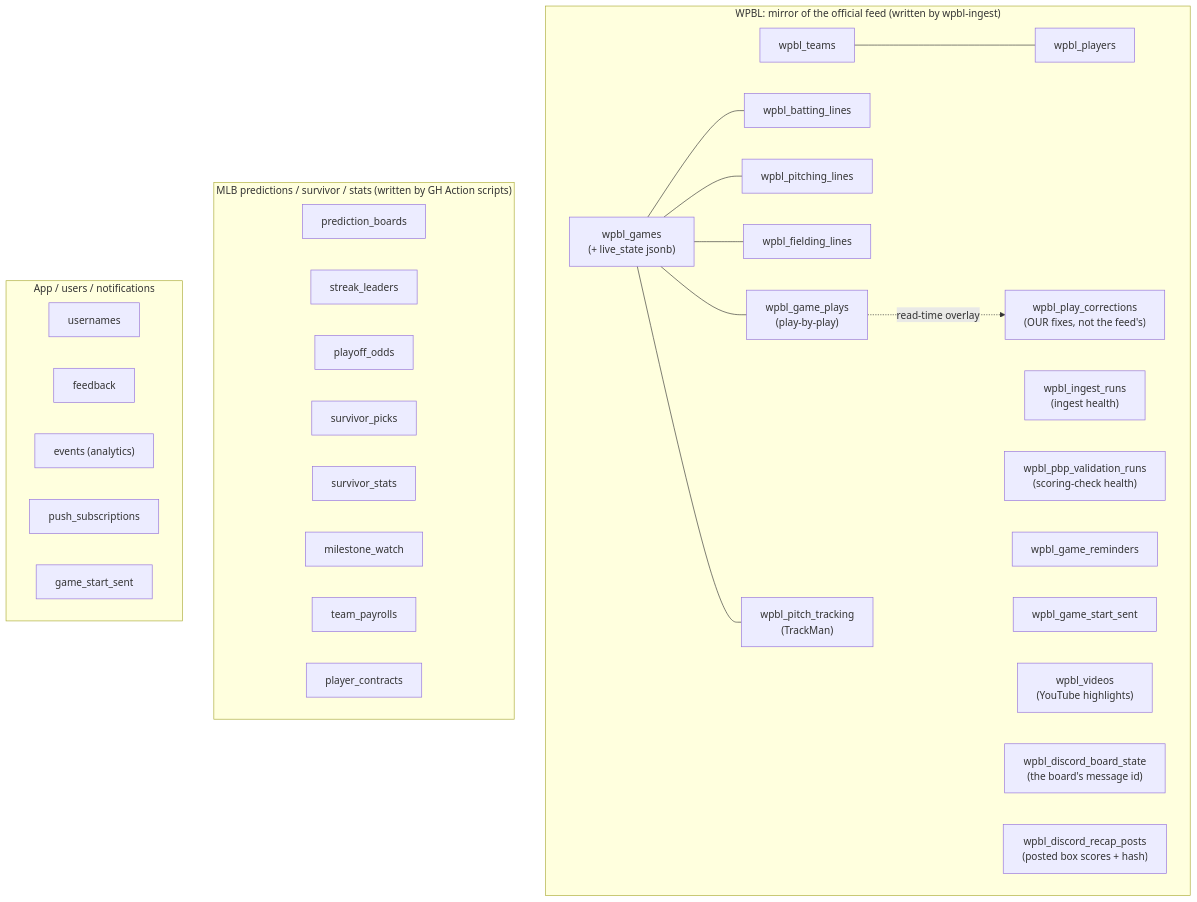
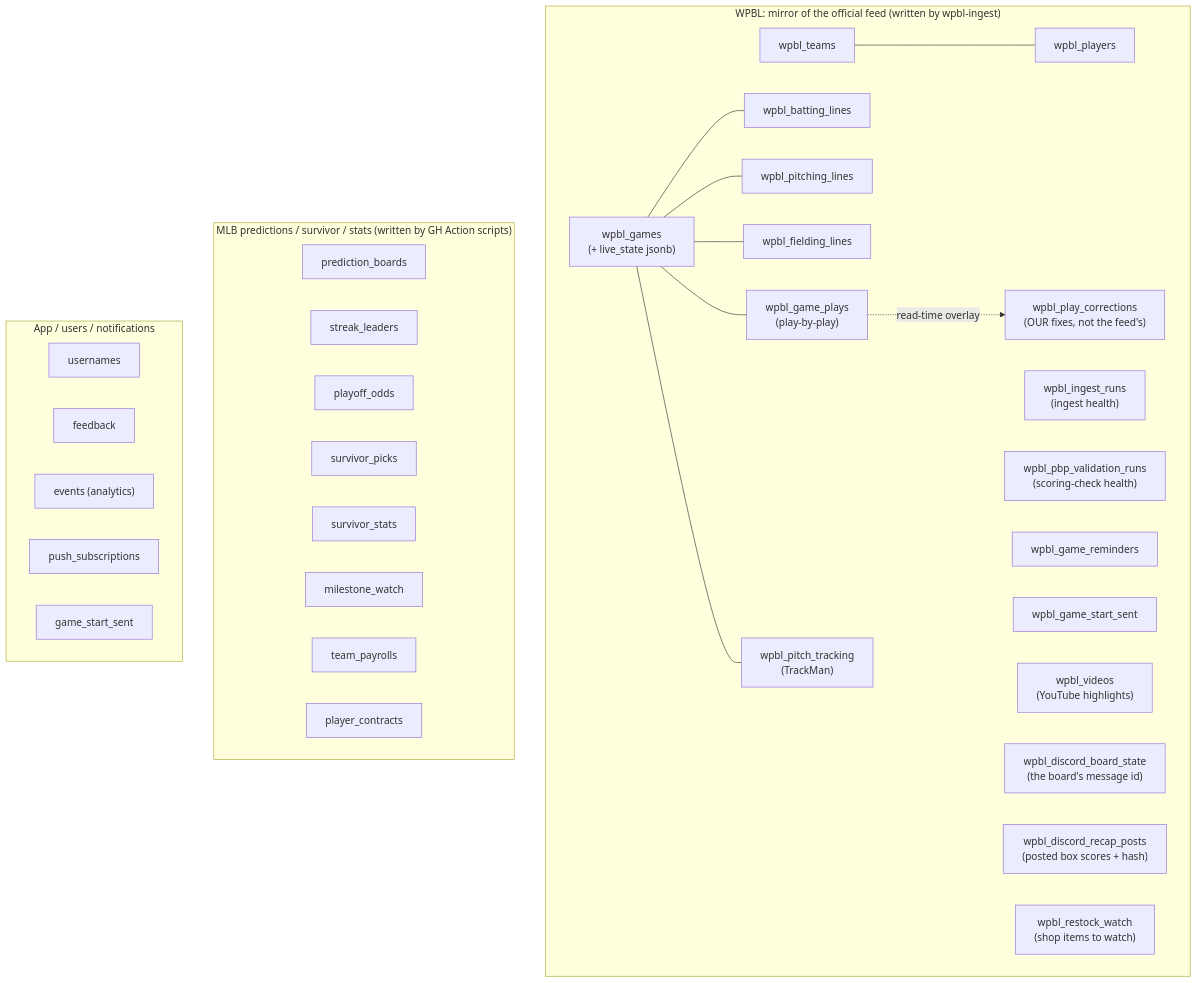
Before and after one commit to sportydolphin/fun: the third of 5 diagrams in ARCHITECTURE.md, drawn with Mermaid. The commit also changed other lines of this file and 7 other files, not shown here.

````diff
--- a/ARCHITECTURE.md
+++ b/ARCHITECTURE.md
@@ -162,44 +164,45 @@
 ```mermaid
 flowchart TB
     subgraph WPBL["WPBL: mirror of the official feed (written by wpbl-ingest)"]
         t_teams["wpbl_teams"]
         t_players["wpbl_players"]
         t_games["wpbl_games<br/>(+ live_state jsonb)"]
         t_bat["wpbl_batting_lines"]
         t_pit["wpbl_pitching_lines"]
         t_field["wpbl_fielding_lines"]
         t_plays["wpbl_game_plays<br/>(play-by-play)"]
         t_track["wpbl_pitch_tracking<br/>(TrackMan)"]
         t_runs["wpbl_ingest_runs<br/>(ingest health)"]
         t_pbpval["wpbl_pbp_validation_runs<br/>(scoring-check health)"]
         t_rem["wpbl_game_reminders"]
         t_wsent["wpbl_game_start_sent"]
         t_vid["wpbl_videos<br/>(YouTube highlights)"]
         t_board["wpbl_discord_board_state<br/>(the board's message id)"]
         t_recap["wpbl_discord_recap_posts<br/>(posted box scores + hash)"]
         t_corr["wpbl_play_corrections<br/>(OUR fixes, not the feed's)"]
+        t_restock["wpbl_restock_watch<br/>(shop items to watch)"]
     end
 
     subgraph MLB["MLB predictions / survivor / stats (written by GH Action scripts)"]
         m_boards["prediction_boards"]
         m_streaks["streak_leaders"]
         m_odds["playoff_odds"]
         m_surv["survivor_picks"]
         m_survs["survivor_stats"]
         m_mile["milestone_watch"]
         m_pay["team_payrolls"]
         m_contract["player_contracts"]
     end
 
     subgraph APP["App / users / notifications"]
         a_users["usernames"]
         a_feed["feedback"]
         a_events["events (analytics)"]
         a_push["push_subscriptions"]
         a_sent["game_start_sent"]
     end
 
     t_teams --- t_players
     t_games --- t_bat & t_pit & t_field & t_plays & t_track
     t_plays -.->|read-time overlay| t_corr
 ```
````
